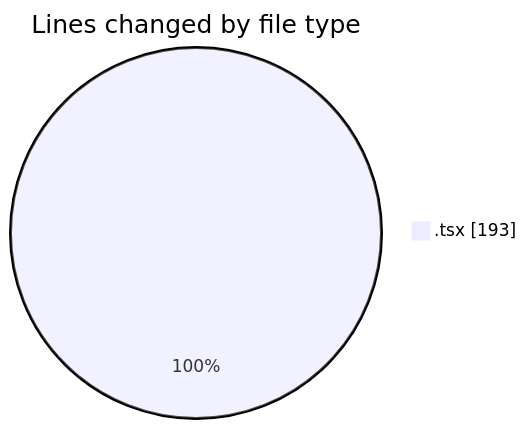
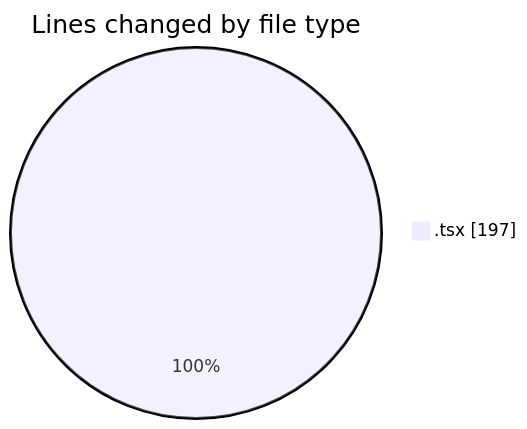
Before and after one commit to robertbonfada/code-tracking: the first of 2 diagrams in 2025-02-04/mbc-web/README.md, drawn with Mermaid. The commit also changed other lines of this file and 1 other file, not shown here.

````diff
--- a/2025-02-04/mbc-web/README.md
+++ b/2025-02-04/mbc-web/README.md
@@ -22,5 +22,5 @@
 ```mermaid
 pie showData
 title Lines changed by file type
-".tsx" : 193
+".tsx" : 197
 ```
````
